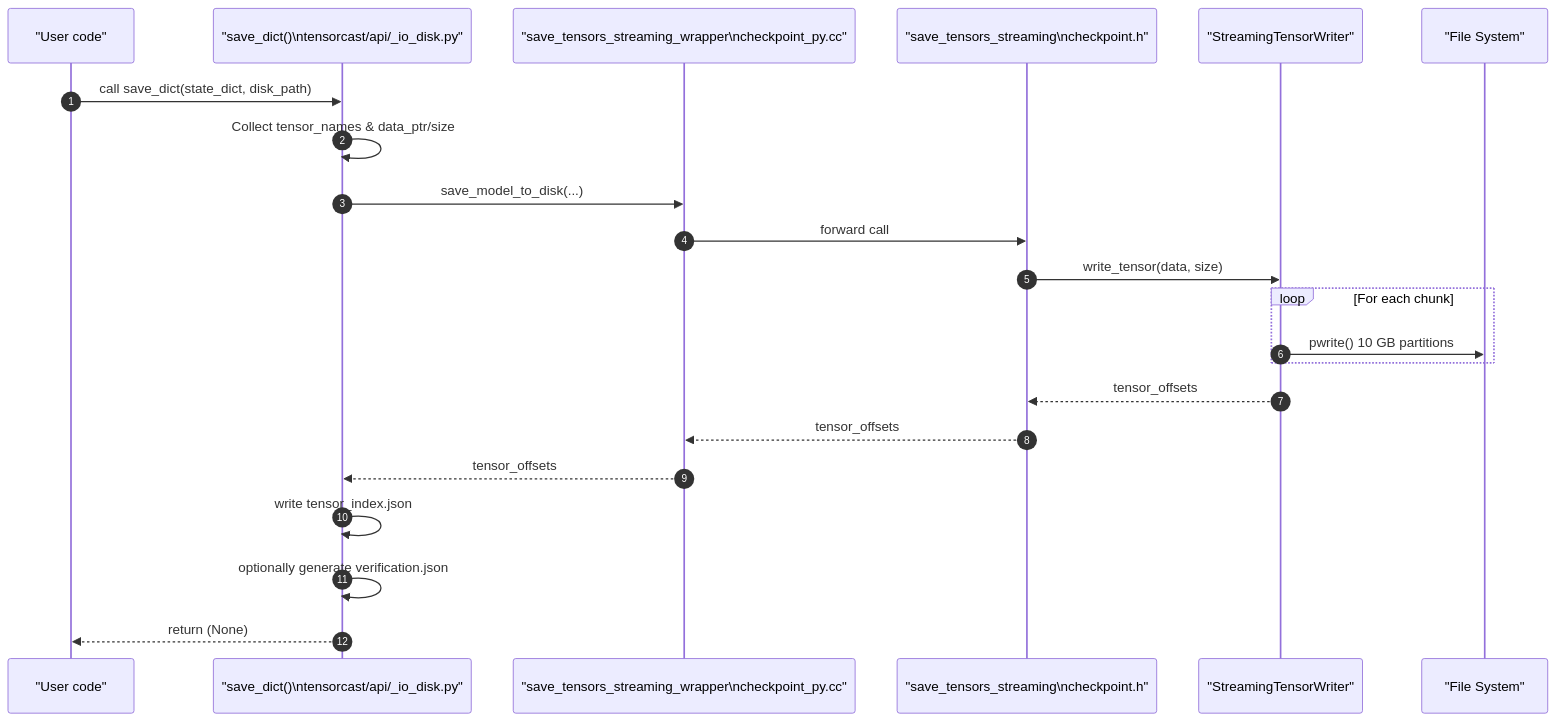
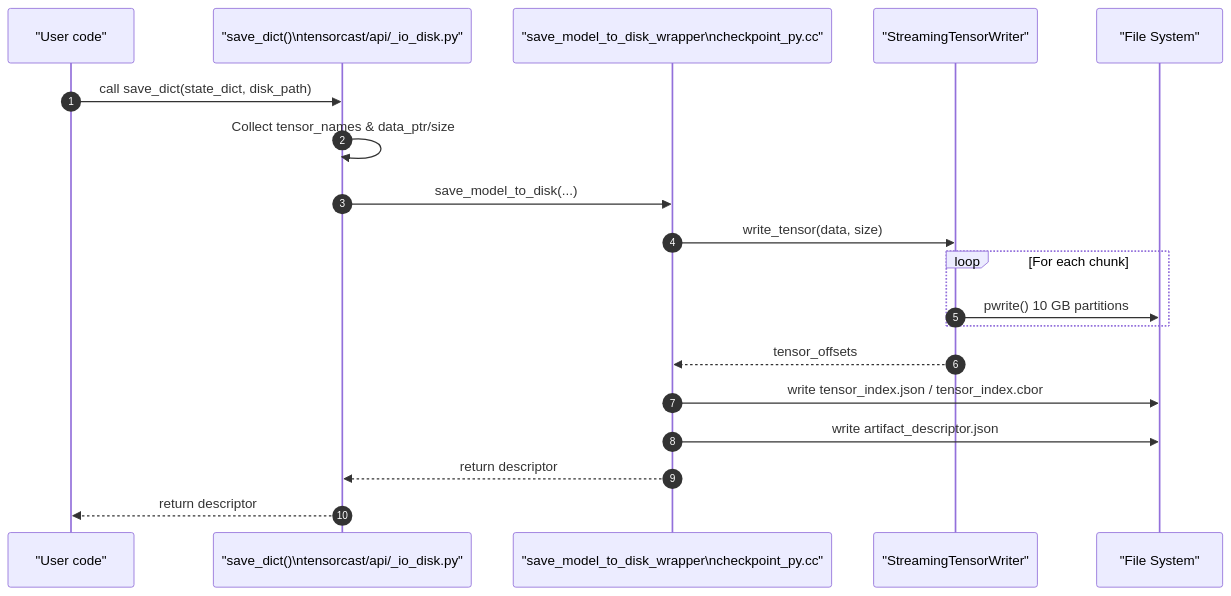
The diagram in docs/internals/save_dict_flow.md (tensorcast-ai/tensorcast), drawn with Mermaid before and after one commit. The commit also changed other lines of this file and 16 other files, not shown here.

````diff
--- a/docs/internals/save_dict_flow.md
+++ b/docs/internals/save_dict_flow.md
@@ -43,25 +42,22 @@
 ```mermaid
 sequenceDiagram
     autonumber
     participant U as "User code"
     participant PY as "save_dict()\ntensorcast/api/_io_disk.py"
-    participant CPP as "save_tensors_streaming_wrapper\ncheckpoint_py.cc"
-    participant API as "save_tensors_streaming\ncheckpoint.h"
+    participant CPP as "save_model_to_disk_wrapper\ncheckpoint_py.cc"
     participant TW as "StreamingTensorWriter"
     participant FS as "File System"
 
     U->>PY: call save_dict(state_dict, disk_path)
     PY->>PY: Collect tensor_names & data_ptr/size
     PY->>CPP: save_model_to_disk(...)
-    CPP->>API: forward call
-    API->>TW: write_tensor(data, size)
+    CPP->>TW: write_tensor(data, size)
     loop For each chunk
         TW->>FS: pwrite() 10 GB partitions
     end
-    TW-->>API: tensor_offsets
-    API-->>CPP: tensor_offsets
-    CPP-->>PY: tensor_offsets
-    PY->>PY: write tensor_index.json
-    PY->>PY: optionally generate verification.json
-    PY-->>U: return (None)
+    TW-->>CPP: tensor_offsets
+    CPP->>FS: write tensor_index.json / tensor_index.cbor
+    CPP->>FS: write artifact_descriptor.json
+    CPP-->>PY: return descriptor
+    PY-->>U: return descriptor
 ```
````
